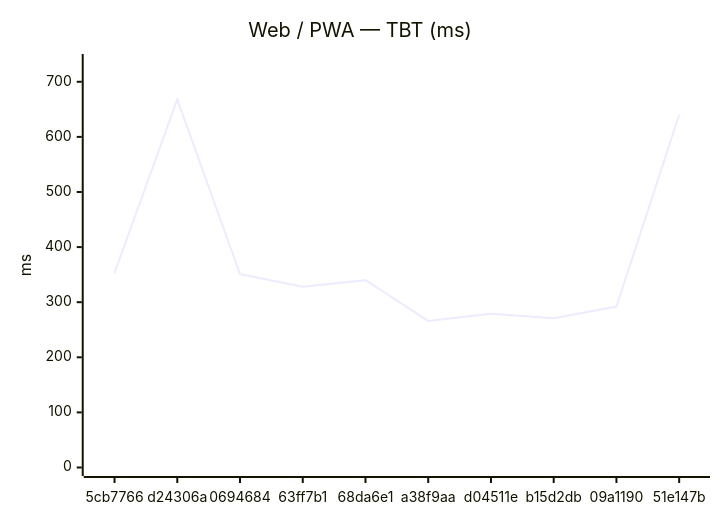
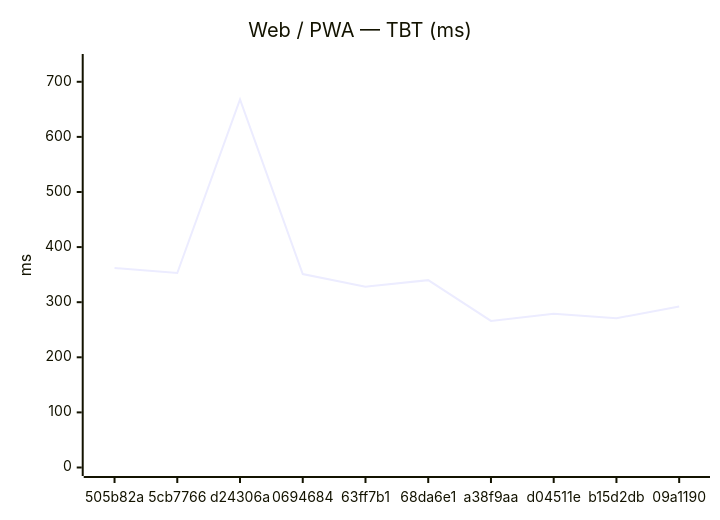
The second of 18 diagrams in benchmarks/compare.md (Metaheurist/Rianell), drawn with Mermaid before and after one commit. The commit also changed other lines of this file and 11 other files, not shown here.

````diff
--- a/benchmarks/compare.md
+++ b/benchmarks/compare.md
@@ -31,7 +31,7 @@
 ```mermaid
 xychart-beta
     title "Web / PWA — TBT (ms)"
-    x-axis ["5cb7766", "d24306a", "0694684", "63ff7b1", "68da6e1", "a38f9aa", "d04511e", "b15d2db", "09a1190", "51e147b"]
+    x-axis ["505b82a", "5cb7766", "d24306a", "0694684", "63ff7b1", "68da6e1", "a38f9aa", "d04511e", "b15d2db", "09a1190"]
     y-axis "ms" 0 --> 735
-    line [353, 668, 351, 328, 340, 266, 279, 271, 292, 640]
+    line [362, 353, 668, 351, 328, 340, 266, 279, 271, 292]
 ```
````
